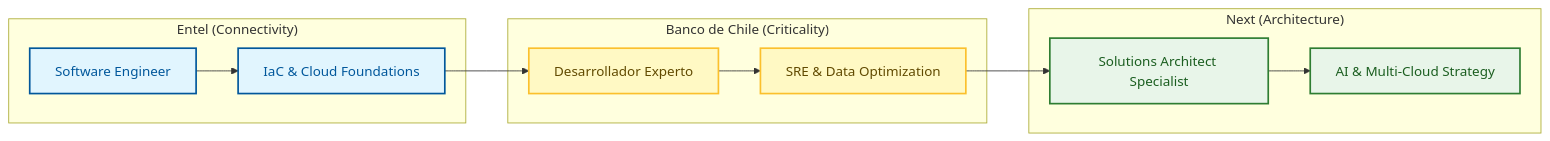
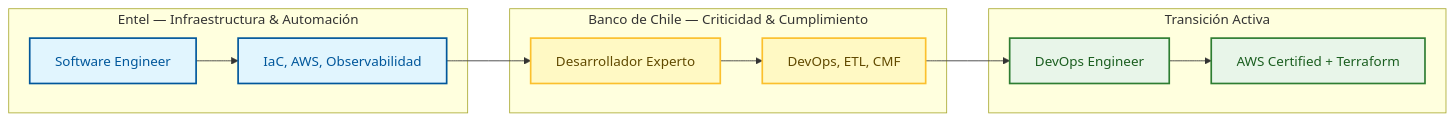
Before and after one commit to ElGlitches/ivan-duran-cv: the diagram in README.md, drawn with Mermaid. The commit also changed other lines of this file, not shown here.

````diff
--- a/README.md
+++ b/README.md
@@ -18,41 +19,31 @@
-``` mermaid
-
+```mermaid
 graph LR
-    %% Configuración de Estética
-    classDef default fill:#f9f9f9,stroke:#333,stroke-width:1px;
     classDef entel fill:#e1f5fe,stroke:#01579b,stroke-width:2px,color:#01579b;
     classDef banco fill:#fff9c4,stroke:#fbc02d,stroke-width:2px,color:#614a00;
     classDef target fill:#e8f5e9,stroke:#2e7d32,stroke-width:2px,color:#1b5e20;
 
-    %% Flujo de Trayectoria
-    subgraph "Entel (Connectivity)"
-
+    subgraph "Entel — Infraestructura & Automación"
         E1[Software Engineer]
-        E2[IaC & Cloud Foundations]
+        E2[IaC, AWS, Observabilidad]
         E1 --> E2
     end
 
-    subgraph "Banco de Chile (Criticality)"
-
+    subgraph "Banco de Chile — Criticidad & Cumplimiento"
         B1[Desarrollador Experto]
-        B2[SRE & Data Optimization]
+        B2[DevOps, ETL, CMF]
         B1 --> B2
     end
 
-    subgraph "Next (Architecture)"
-
-        T1[Solutions Architect Specialist]
-        T2[AI & Multi-Cloud Strategy]
+    subgraph "Transición Activa"
+        T1[DevOps Engineer]
+        T2[AWS Certified + Terraform]
         T1 --> T2
     end
 
-    %% Conexiones principales
     E2 --> B1
     B2 --> T1
 
-    %% Aplicación de Estilos
     class E1,E2 entel;
     class B1,B2 banco;
     class T1,T2 target;
-
 ```
````
